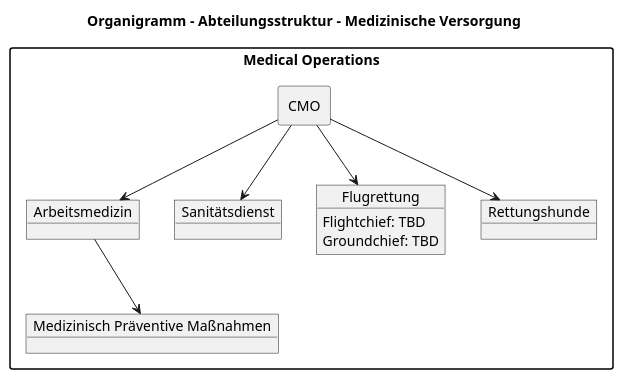
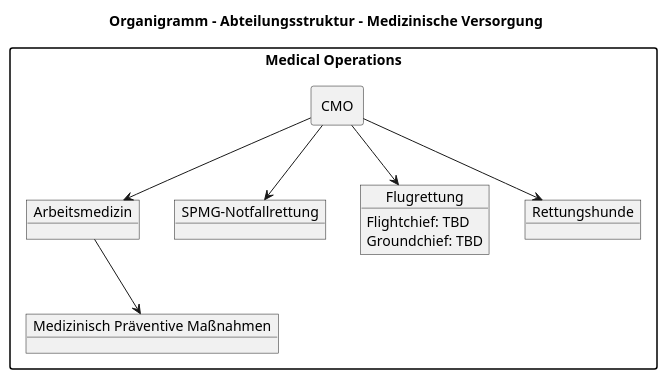
One commit to Stiller-und-Partner-Mediengruppe-GmbH/SPMG.Conceptplan changed the diagram in chapters/8_Operations_Medical.adoc. Above: the diagram before and after it, drawn with PlantUML. The commit also changed other lines of this file and 17 other files, not shown here.

```diff
--- a/chapters/8_Operations_Medical.adoc
+++ b/chapters/8_Operations_Medical.adoc
@@ -8,37 +8,37 @@
 [plantuml, org-chart-medical, svg]
 ----
 @startuml
 skinparam packageStyle rectangle
 
 ' Dieser Befehl erlaubt das Mischen von verschiedenen Elementtypen (Object & Rectangle)
 allowmixing
 
 ' Definition eines Styles für reinen Text
 skinparam rectangle<<text>> {
     BackgroundColor transparent
     BorderColor transparent
     Shadowing false
 }
 
 title Organigramm - Abteilungsstruktur - Medizinische Versorgung
 
 package "Medical Operations" as MO {
     rectangle "CMO" as CMO
     
     object "Arbeitsmedizin" as AM
-    object "Sanitätsdienst" as SD
+    object "SPMG-Notfallrettung" as SD
     object "Medizinisch Präventive Maßnahmen" as MPM
     object "Flugrettung" as HEMS{
         Flightchief: TBD
         Groundchief: TBD
 }
     object "Rettungshunde" as R_K9
 }
     CMO -down-> AM
     CMO -down-> SD
     AM -down-> MPM
     CMO -down-> HEMS
     CMO -down-> R_K9 
 
 @enduml
 ----
```
